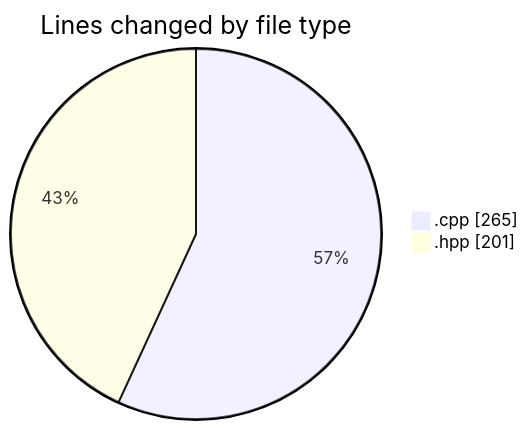
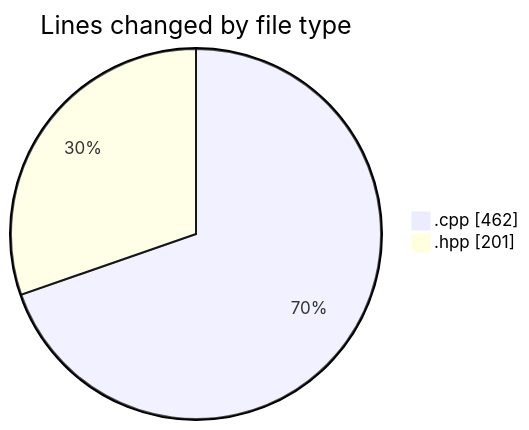
The first of 2 diagrams in 2025-04-25/echo/README.md (Netris89/code-tracking), drawn with Mermaid before and after one commit. The commit also changed other lines of this file and 1 other file, not shown here.

````diff
--- a/2025-04-25/echo/README.md
+++ b/2025-04-25/echo/README.md
@@ -21,6 +22,6 @@
 ```mermaid
 pie showData
 title Lines changed by file type
-".cpp" : 265
+".cpp" : 462
 ".hpp" : 201
 ```
````
